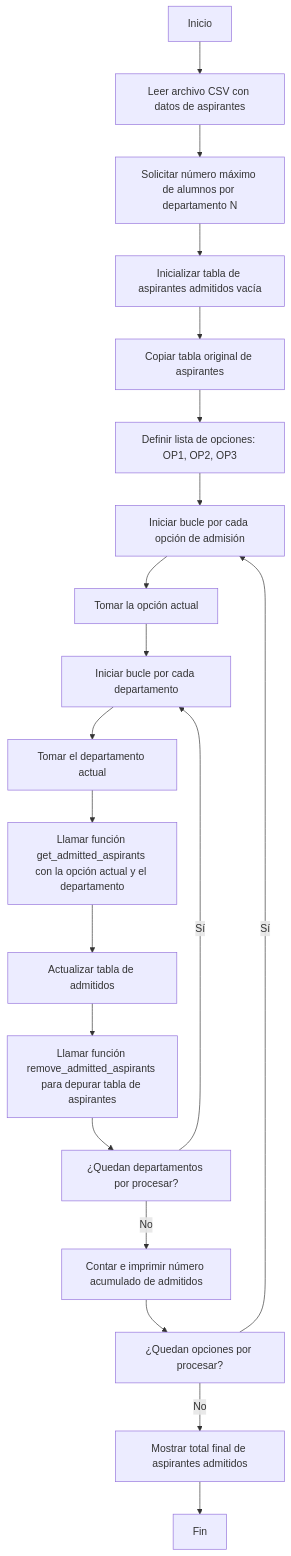
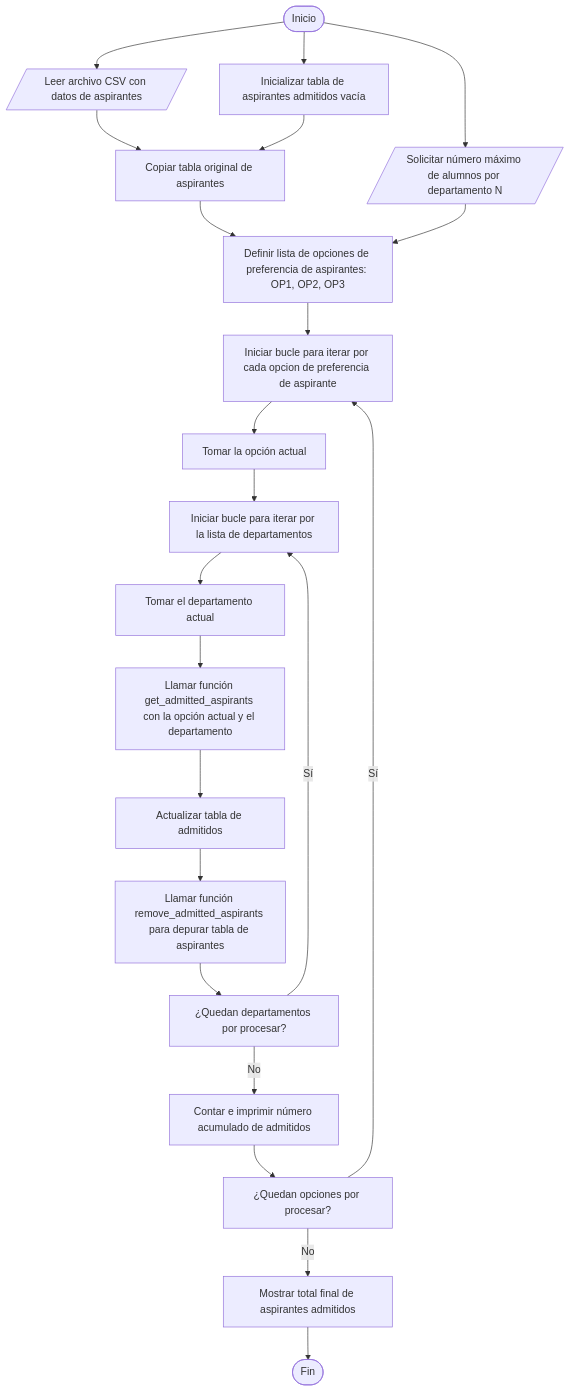
The diagram in Unidad_3/Proyecto_3_algoritmo.mermaid (vshalisko/PythonIntro), drawn with Mermaid before and after one commit.

```diff
--- a/Unidad_3/Proyecto_3_algoritmo.mermaid
+++ b/Unidad_3/Proyecto_3_algoritmo.mermaid
@@ -1,22 +1,23 @@
 flowchart TD
 
-A[Inicio] --> B[Leer archivo CSV con datos de aspirantes]
-B --> C[Solicitar número máximo de alumnos por departamento N]
-C --> D[Inicializar tabla de aspirantes admitidos vacía]
+A([Inicio]) --> B[/Leer archivo CSV con datos de aspirantes/]
+A --> C[/Solicitar número máximo de alumnos por departamento N/]
+A --> D[Inicializar tabla de aspirantes admitidos vacía]
+B --> E
 D --> E[Copiar tabla original de aspirantes]
-E --> F[Definir lista de opciones: OP1, OP2, OP3]
-
-F --> G[Iniciar bucle por cada opción de admisión]
+E --> F[Definir lista de opciones de preferencia de aspirantes: OP1, OP2, OP3]
+C --> F
+F --> G[Iniciar bucle para iterar por cada opcion de preferencia de aspirante]
 G --> H[Tomar la opción actual]
-H --> I[Iniciar bucle por cada departamento]
+H --> I[Iniciar bucle para iterar por la lista de departamentos]
 I --> J[Tomar el departamento actual]
 J --> K[Llamar función get_admitted_aspirants con la opción actual y el departamento]
 K --> L[Actualizar tabla de admitidos]
 L --> M[Llamar función remove_admitted_aspirants para depurar tabla de aspirantes]
 M --> N[¿Quedan departamentos por procesar?]
 N -- Sí --> I
 N -- No --> O[Contar e imprimir número acumulado de admitidos]
 O --> P[¿Quedan opciones por procesar?]
 P -- Sí --> G
 P -- No --> Q[Mostrar total final de aspirantes admitidos]
-Q --> R[Fin]
+Q --> R([Fin])
```
